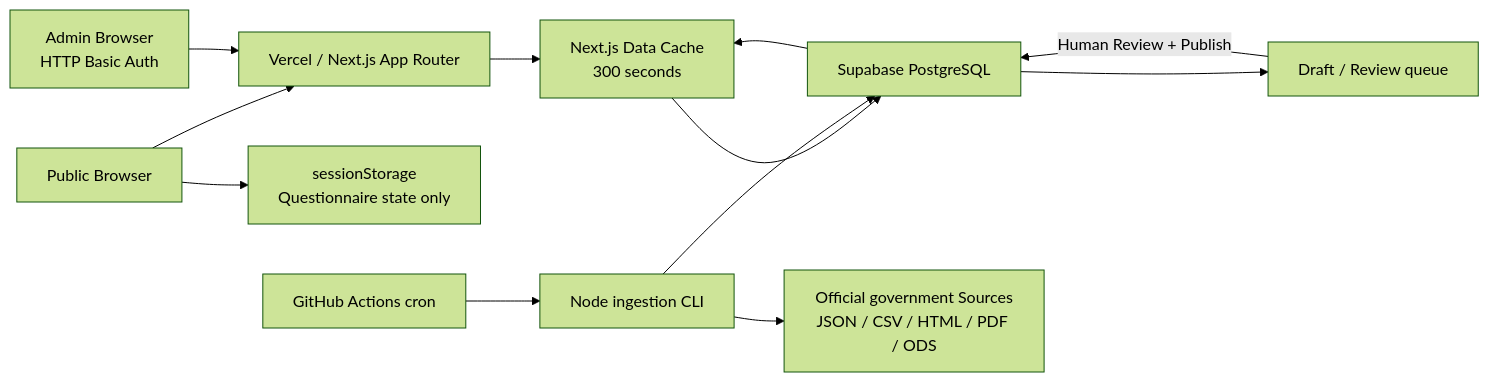
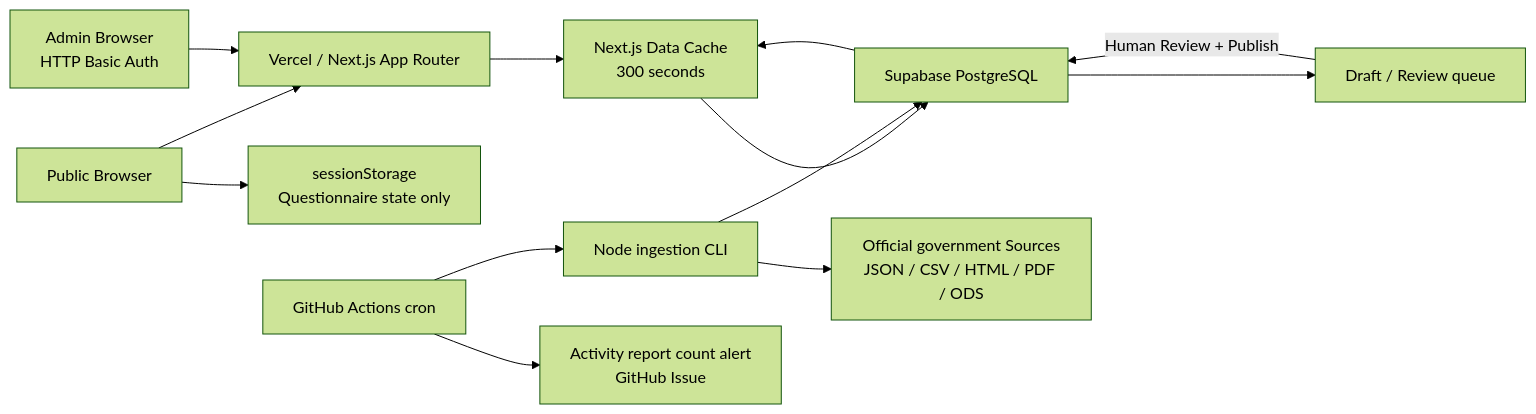
Before and after one commit to des86532/gov-welfare: the first of 2 diagrams in docs/ARCHITECTURE.md, drawn with Mermaid (forest theme). The commit also changed other lines of this file and 4 other files, not shown here.

````diff
--- a/docs/ARCHITECTURE.md
+++ b/docs/ARCHITECTURE.md
@@ -36,15 +36,16 @@
 ```mermaid
 flowchart LR
   U["Public Browser"] --> V["Vercel / Next.js App Router"]
   U --> S["sessionStorage\nQuestionnaire state only"]
   V --> C["Next.js Data Cache\n300 seconds"]
   C --> DB["Supabase PostgreSQL"]
   A["Admin Browser\nHTTP Basic Auth"] --> V
 
   G["GitHub Actions cron"] --> CLI["Node ingestion CLI"]
+  G --> N["Activity report count alert\nGitHub Issue"]
   CLI --> O["Official government Sources\nJSON / CSV / HTML / PDF / ODS"]
   CLI --> DB
   DB --> R["Draft / Review queue"]
   R -->|"Human Review + Publish"| DB
   DB --> C
 ```
````
